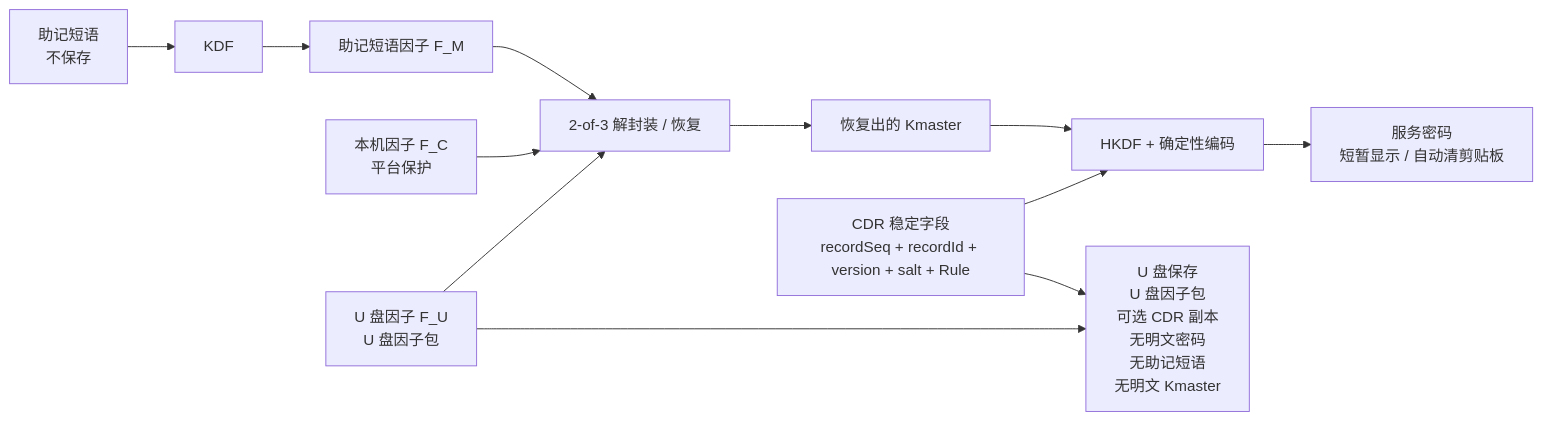
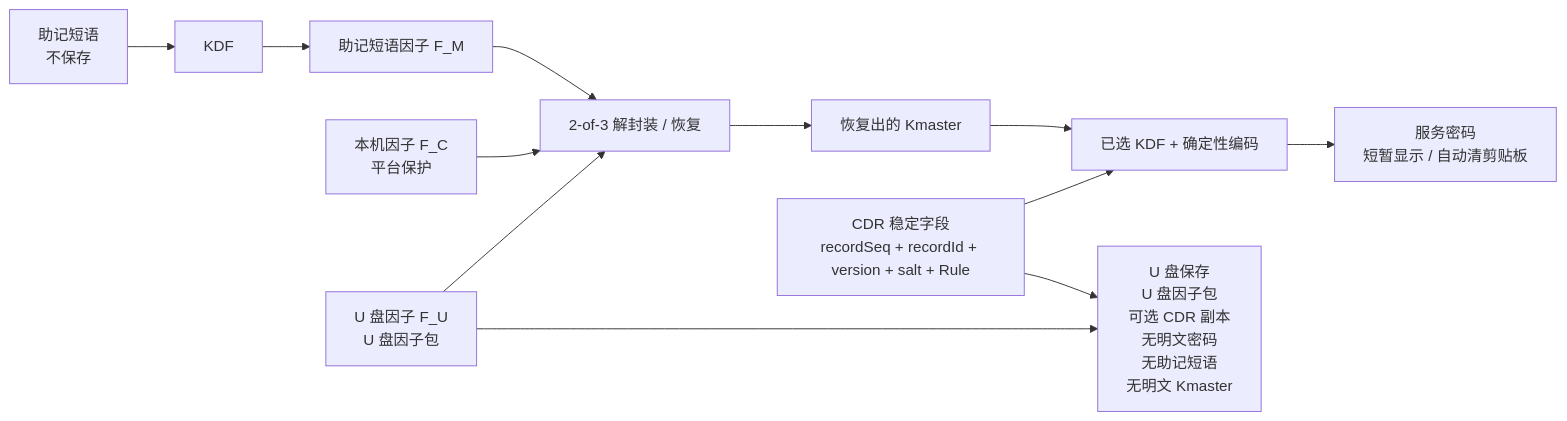
One commit to ferrarif1/KeyLessPass changed the diagram in README.zh-CN.md. Above: the diagram before and after it, drawn with Mermaid. The commit also changed other lines of this file and 20 other files, not shown here.

````diff
--- a/README.zh-CN.md
+++ b/README.zh-CN.md
@@ -98,14 +101,14 @@
 ```mermaid
 flowchart LR
     M["助记短语<br/>不保存"] --> KDF["KDF"]
     KDF --> FM["助记短语因子 F_M"]
     FC["本机因子 F_C<br/>平台保护"] --> R["2-of-3 解封装 / 恢复"]
     FM --> R
     FU["U 盘因子 F_U<br/>U 盘因子包"] --> R
     R --> KM["恢复出的 Kmaster"]
-    KM --> D["HKDF + 确定性编码"]
+    KM --> D["已选 KDF + 确定性编码"]
     C["CDR 稳定字段<br/>recordSeq + recordId + version + salt + Rule"] --> D
     D --> P["服务密码<br/>短暂显示 / 自动清剪贴板"]
     FU --> U["U 盘保存<br/>U 盘因子包<br/>可选 CDR 副本<br/>无明文密码<br/>无助记短语<br/>无明文 Kmaster"]
     C --> U
 ```
````
